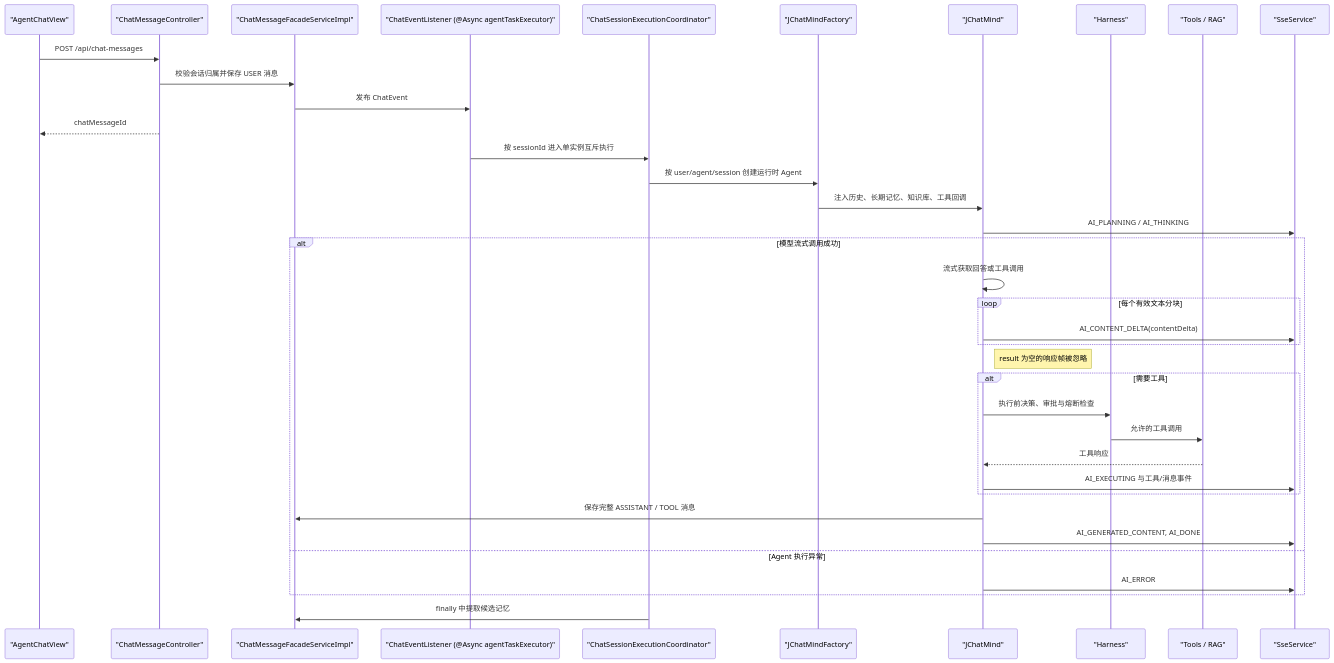
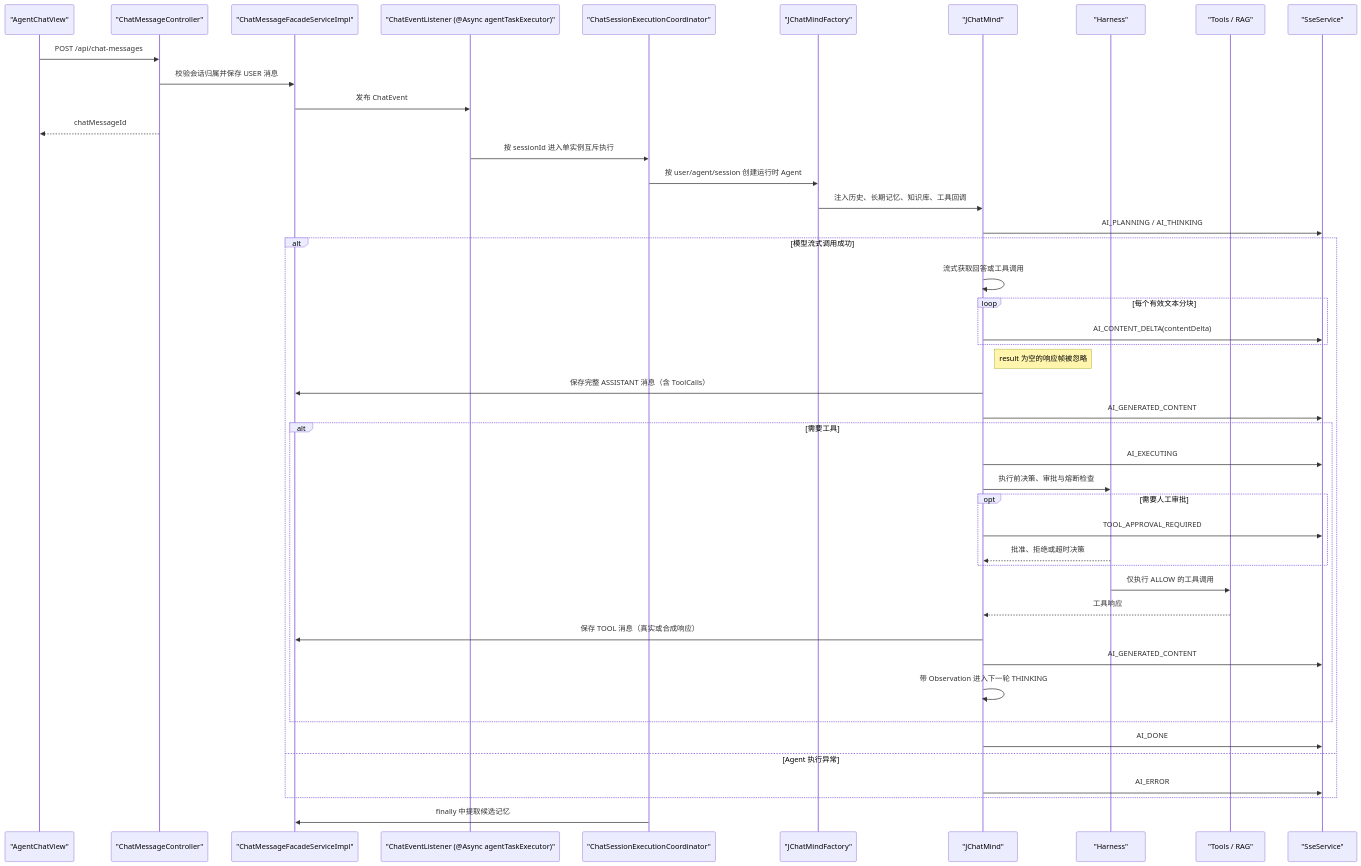
The second of 8 diagrams in docs/项目架构与关键链路.md (banxifu986-gif/JchatMind), drawn with Mermaid before and after one commit. The commit also changed other lines of this file and 2 other files, not shown here.

````diff
--- a/docs/项目架构与关键链路.md
+++ b/docs/项目架构与关键链路.md
@@ -105,40 +107,48 @@
 ```mermaid
 sequenceDiagram
     participant UI as "AgentChatView"
     participant API as "ChatMessageController"
     participant MSG as "ChatMessageFacadeServiceImpl"
     participant EVT as "ChatEventListener (@Async agentTaskExecutor)"
     participant Q as "ChatSessionExecutionCoordinator"
     participant F as "JChatMindFactory"
     participant A as "JChatMind"
     participant H as "Harness"
     participant T as "Tools / RAG"
     participant SSE as "SseService"
 
     UI->>API: POST /api/chat-messages
     API->>MSG: 校验会话归属并保存 USER 消息
     MSG->>EVT: 发布 ChatEvent
     API-->>UI: chatMessageId
     EVT->>Q: 按 sessionId 进入单实例互斥执行
     Q->>F: 按 user/agent/session 创建运行时 Agent
     F->>A: 注入历史、长期记忆、知识库、工具回调
     A->>SSE: AI_PLANNING / AI_THINKING
     alt 模型流式调用成功
         A->>A: 流式获取回答或工具调用
         loop 每个有效文本分块
             A->>SSE: AI_CONTENT_DELTA(contentDelta)
         end
         Note right of A: result 为空的响应帧被忽略
+        A->>MSG: 保存完整 ASSISTANT 消息（含 ToolCalls）
+        A->>SSE: AI_GENERATED_CONTENT
         alt 需要工具
+            A->>SSE: AI_EXECUTING
             A->>H: 执行前决策、审批与熔断检查
-            H->>T: 允许的工具调用
+            opt 需要人工审批
+                A->>SSE: TOOL_APPROVAL_REQUIRED
+                H-->>A: 批准、拒绝或超时决策
+            end
+            H->>T: 仅执行 ALLOW 的工具调用
             T-->>A: 工具响应
-            A->>SSE: AI_EXECUTING 与工具/消息事件
+            A->>MSG: 保存 TOOL 消息（真实或合成响应）
+            A->>SSE: AI_GENERATED_CONTENT
+            A->>A: 带 Observation 进入下一轮 THINKING
         end
-        A->>MSG: 保存完整 ASSISTANT / TOOL 消息
-        A->>SSE: AI_GENERATED_CONTENT, AI_DONE
+        A->>SSE: AI_DONE
     else Agent 执行异常
         A->>SSE: AI_ERROR
     end
     Q->>MSG: finally 中提取候选记忆
 ```
````
